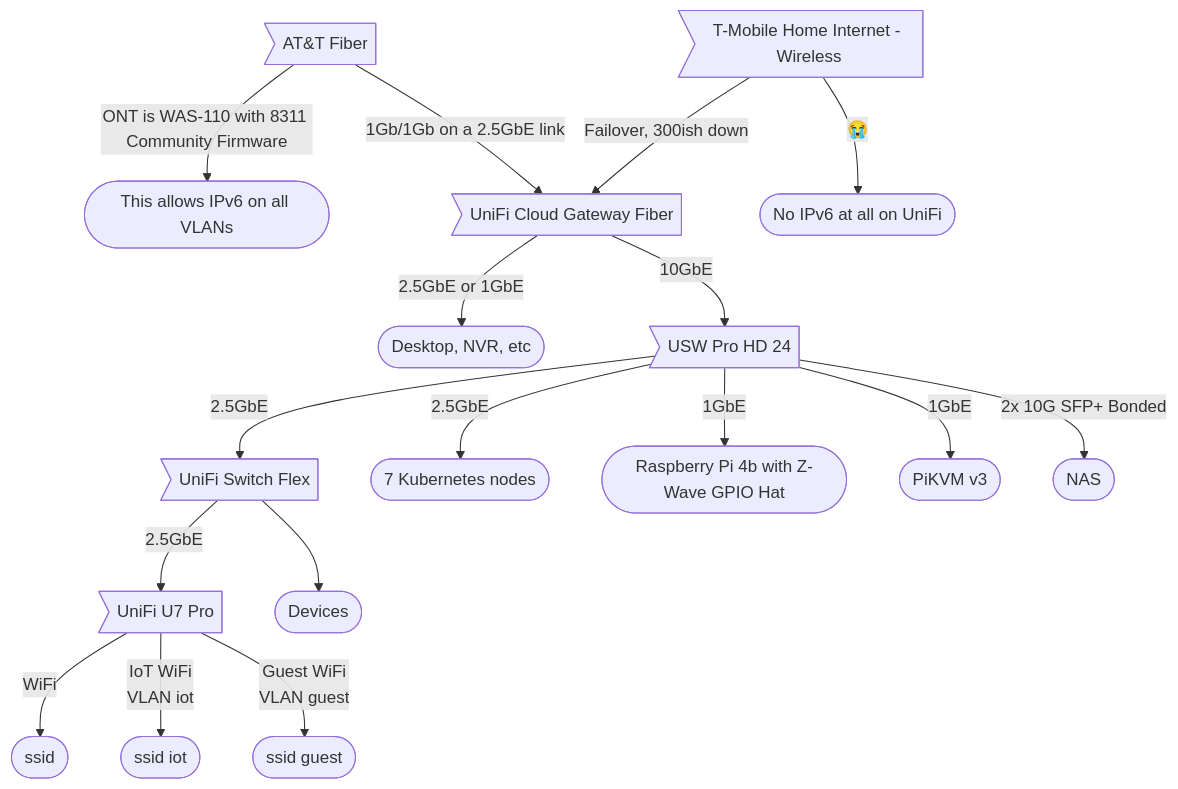
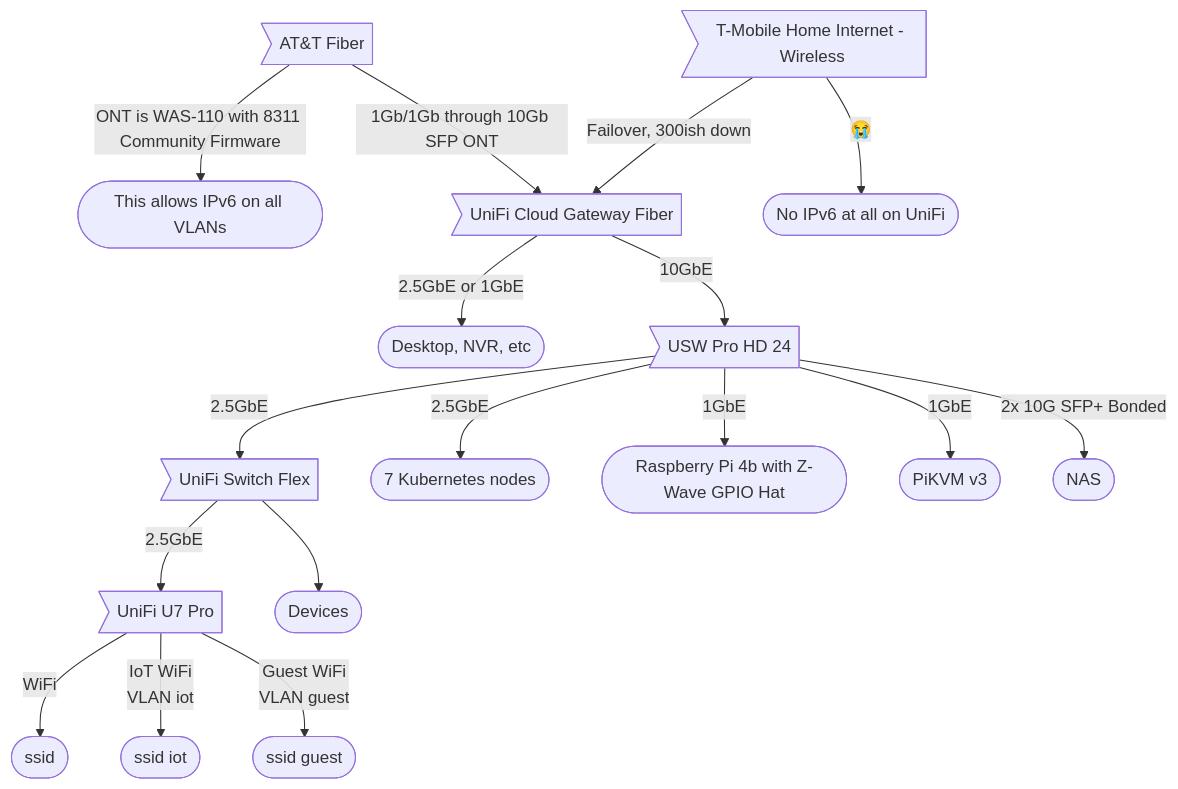
Before and after one commit to tholinka/home-ops: the second of 3 diagrams in README.md, drawn with Mermaid. The commit also changed other lines of this file, not shown here.

Commit message:
chore(readme): minor fixes in networking section

````diff
--- a/README.md
+++ b/README.md
@@ -107,24 +107,24 @@
 ```mermaid
 graph TD
   A>AT&T Fiber]
   A --> |ONT is WAS-110 with 8311 Community Firmware| A1([This allows IPv6 on all VLANs])
-  A --> |1Gb/1Gb on a 2.5GbE link| R
+  A --> |1Gb/1Gb through 10Gb SFP ONT| R
   B>T-Mobile Home Internet - Wireless] --> |Failover, 300ish down| R
   B --> |😭|B1([No IPv6 at all on UniFi])
   R>UniFi Cloud Gateway Fiber]
   R --> |2.5GbE or 1GbE| DESK([Desktop, NVR, etc])
   S2 --> |2.5GbE| S1
   R --> |10GbE| S2
   S1>UniFi Switch Flex]
   S2>USW Pro HD 24]
   S1 --> |2.5GbE| W
   W>UniFi U7 Pro]
   W --> |WiFi|W1([ssid])
   W --> |IoT WiFi<br>VLAN iot|W2([ssid iot])
     W --> |Guest WiFi<br>VLAN guest|W3([ssid guest])
   S1 --> D([Devices])
   S2 -->|2.5GbE| K([7 Kubernetes nodes])
   S2 -->|1GbE| P([Raspberry Pi 4b with Z-Wave GPIO Hat])
   S2 -->|1GbE| KVM([PiKVM v3])
   S2 --> |2x 10G SFP+ Bonded| N([NAS])
 ```
````
